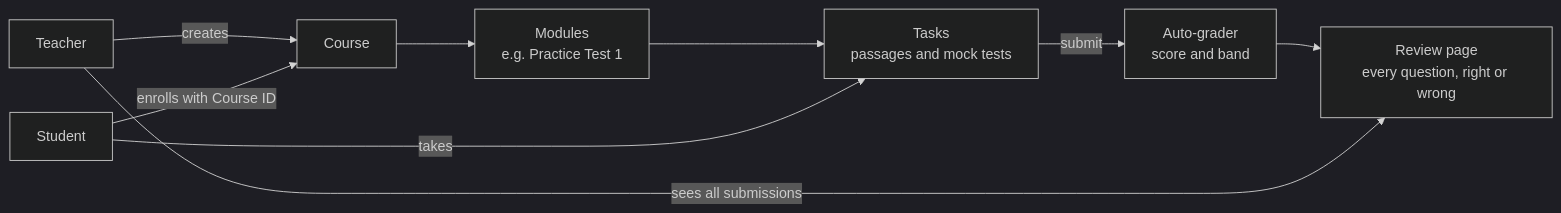
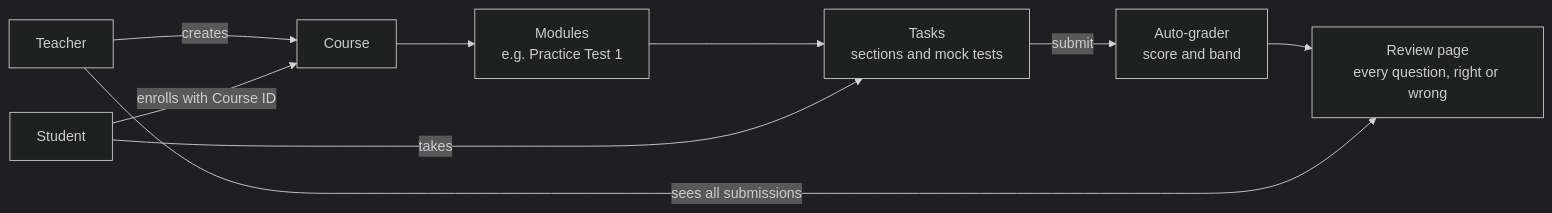
One commit to AakashdeepSingh1971/English_practices changed the first of 5 diagrams in docs/GUIDE.md. Above: the diagram before and after it, drawn with Mermaid (dark theme). The commit also changed other lines of this file and 18 other files, not shown here.

````diff
--- a/docs/GUIDE.md
+++ b/docs/GUIDE.md
@@ -23,11 +23,11 @@
 ```mermaid
 flowchart LR
     T[Teacher] -->|creates| C[Course]
     C --> M[Modules<br/>e.g. Practice Test 1]
-    M --> K[Tasks<br/>passages and mock tests]
+    M --> K[Tasks<br/>sections and mock tests]
     S[Student] -->|enrolls with Course ID| C
     S -->|takes| K
     K -->|submit| G[Auto-grader<br/>score and band]
     G --> R[Review page<br/>every question, right or wrong]
     T -->|sees all submissions| R
 ```
````
